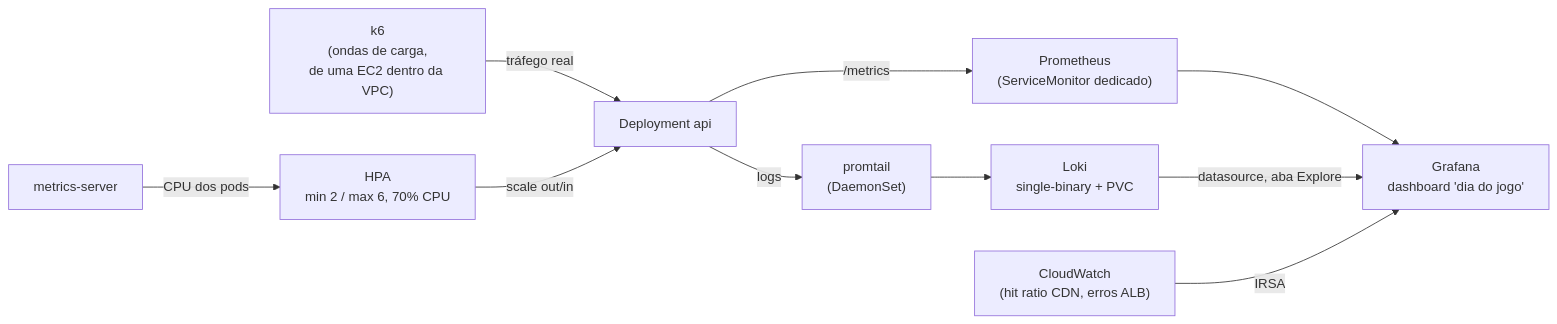
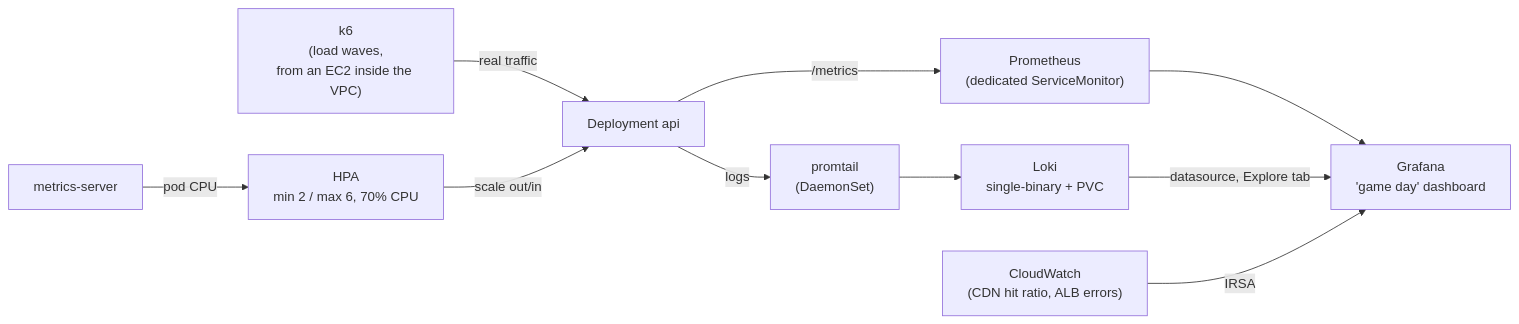
One commit to alisson92/minitube changed the fourth of 4 diagrams in docs/architecture.md. Above: the diagram before and after it, drawn with Mermaid. The commit also changed other lines of this file and 12 other files, not shown here.

First line of the commit message:
docs: translate remaining docs, load/gitops READMEs, and dashboard labels

````diff
--- a/docs/architecture.md
+++ b/docs/architecture.md
@@ -137,15 +137,15 @@
 ```mermaid
 flowchart LR
-    K6["k6\n(ondas de carga,\nde uma EC2 dentro da VPC)"] -->|tráfego real| API["Deployment api"]
+    K6["k6\n(load waves,\nfrom an EC2 inside the VPC)"] -->|real traffic| API["Deployment api"]
 
-    MS["metrics-server"] -->|"CPU dos pods"| HPA["HPA\nmin 2 / max 6, 70% CPU"]
+    MS["metrics-server"] -->|"pod CPU"| HPA["HPA\nmin 2 / max 6, 70% CPU"]
     HPA -->|scale out/in| API
 
-    API -->|"/metrics"| Prom["Prometheus\n(ServiceMonitor dedicado)"]
+    API -->|"/metrics"| Prom["Prometheus\n(dedicated ServiceMonitor)"]
     API -->|logs| Promtail["promtail\n(DaemonSet)"]
     Promtail --> Loki["Loki\nsingle-binary + PVC"]
 
-    Prom --> Grafana["Grafana\ndashboard 'dia do jogo'"]
-    Loki -->|"datasource, aba Explore"| Grafana
-    CW["CloudWatch\n(hit ratio CDN, erros ALB)"] -->|IRSA| Grafana
+    Prom --> Grafana["Grafana\n'game day' dashboard"]
+    Loki -->|"datasource, Explore tab"| Grafana
+    CW["CloudWatch\n(CDN hit ratio, ALB errors)"] -->|IRSA| Grafana
 ```
````
